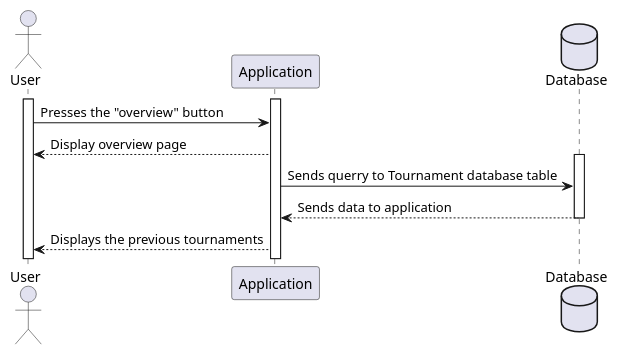
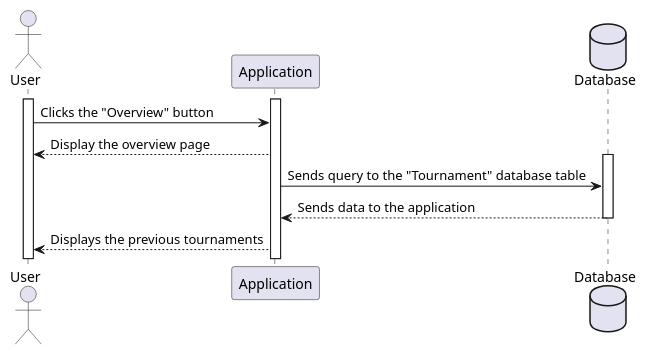
Before and after one commit to itzMesh/DCST1008-Prosjekt: the diagram in ProjektUML/SequencediagramUserAppData/sequence_diagram_overview.wsd, drawn with PlantUML. The commit also changed 7 other files, not shown here.

Commit message:
uml typos

```diff
--- a/ProjektUML/SequencediagramUserAppData/sequence_diagram_overview.wsd
+++ b/ProjektUML/SequencediagramUserAppData/sequence_diagram_overview.wsd
@@ -1,23 +1,23 @@
 @startuml SequenceOpen 
 
 actor User as U
 participant Application as A
 database Database as D
 
 activate U
 activate A
 
-U->A: Presses the "overview" button
-A-->U:Display overview page
+U->A: Clicks the "Overview" button
+A-->U: Display the overview page
 activate D
-A->D: Sends querry to Tournament database table
-D-->A: Sends data to application
+A->D: Sends query to the "Tournament" database table
+D-->A: Sends data to the application
 deactivate D
 A-->U: Displays the previous tournaments
 
 
 
 
 
 
 @endumel
```
